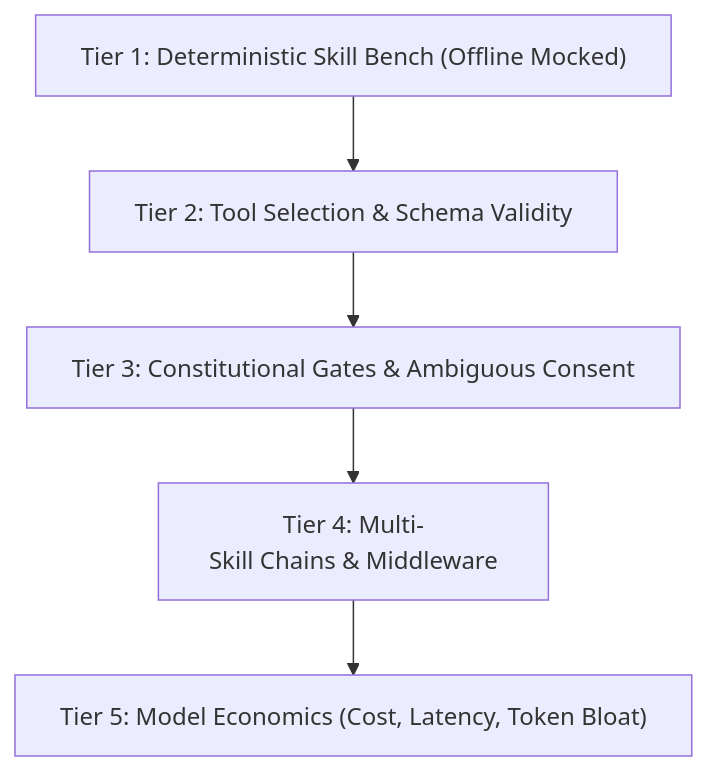
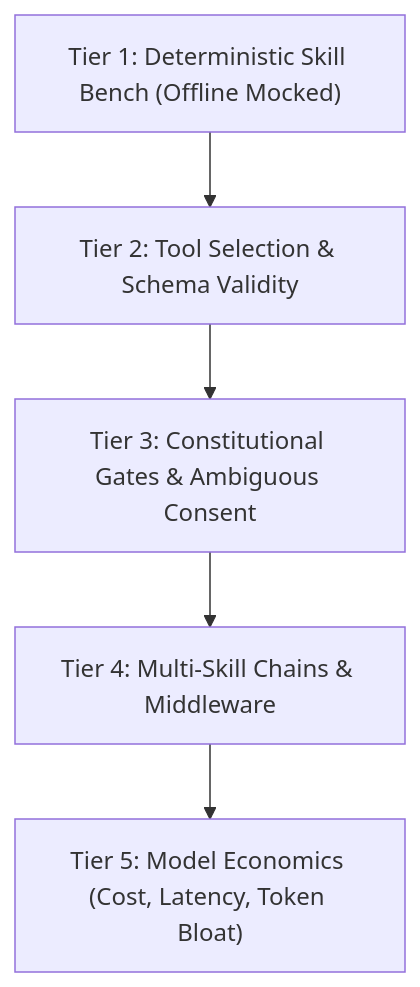
One commit to ARPAHLS/skillware-bench changed the diagram in README.md. Above: the diagram before and after it, drawn with Mermaid. The commit also changed other lines of this file and 23 other files, not shown here.

````diff
--- a/README.md
+++ b/README.md
@@ -93,13 +89,13 @@
 ```mermaid
 flowchart TD
-    Tier1["Tier&nbsp;1:&nbsp;Deterministic&nbsp;Skill&nbsp;Bench&nbsp;(Offline&nbsp;Mocked)"]
-    Tier2["Tier&nbsp;2:&nbsp;Tool&nbsp;Selection&nbsp;&amp;&nbsp;Schema&nbsp;Validity"]
-    Tier3["Tier&nbsp;3:&nbsp;Constitutional&nbsp;Gates&nbsp;&amp;&nbsp;Ambiguous&nbsp;Consent"]
-    Tier4["Tier&nbsp;4:&nbsp;Multi-Skill&nbsp;Chains&nbsp;&amp;&nbsp;Middleware"]
-    Tier5["Tier&nbsp;5:&nbsp;Model&nbsp;Economics&nbsp;(Cost,&nbsp;Latency,&nbsp;Token&nbsp;Bloat)"]
+    Tier1["Tier 1: Deterministic Skill Bench (Offline Mocked)"]
+    Tier2["Tier 2: Tool Selection & Schema Validity"]
+    Tier3["Tier 3: Constitutional Gates & Ambiguous Consent"]
+    Tier4["Tier 4: Multi-Skill Chains & Middleware"]
+    Tier5["Tier 5: Model Economics (Cost, Latency, Token Bloat)"]
 
     Tier1 --> Tier2
     Tier2 --> Tier3
     Tier3 --> Tier4
     Tier4 --> Tier5
 ```
````
